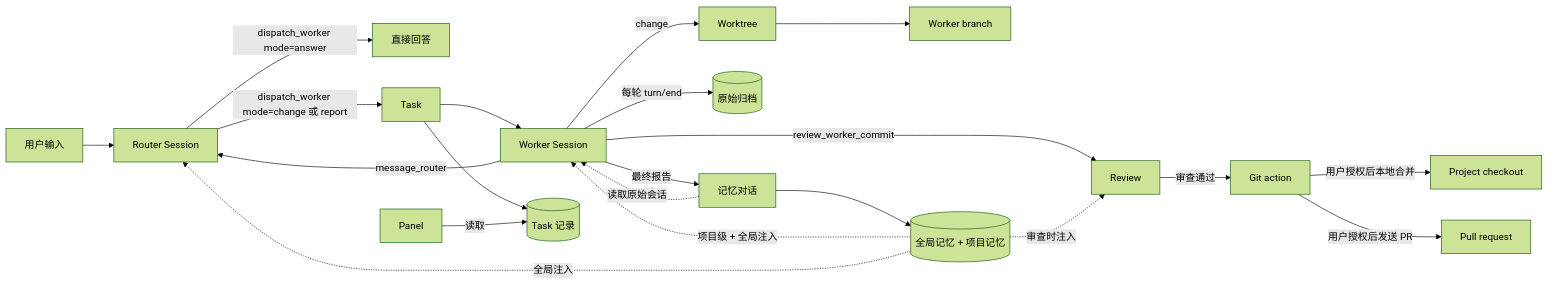
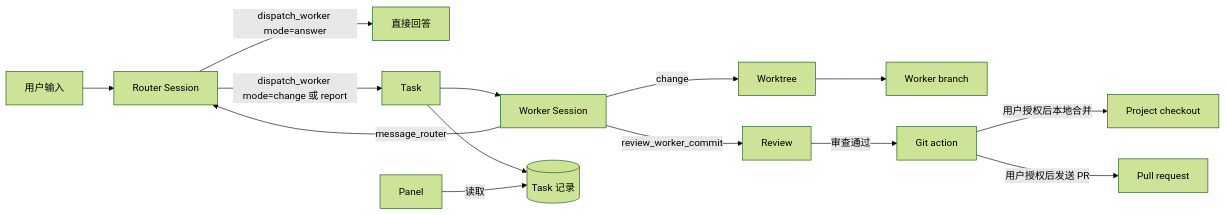
Before and after one commit to LMQ00/superagent-lite: the diagram in docs/001-domain.md, drawn with Mermaid (forest theme). The commit also changed other lines of this file and 34 other files, not shown here.

````diff
--- a/docs/001-domain.md
+++ b/docs/001-domain.md
@@ -9,23 +9,16 @@
 ```mermaid
 flowchart LR
   I[用户输入] --> R[Router Session]
   R -->|dispatch_worker mode=answer| A[直接回答]
   R -->|dispatch_worker mode=change 或 report| T[Task]
   T --> W[Worker Session]
   W -->|change| WT[Worktree]
   WT --> B[Worker branch]
   W -->|review_worker_commit| V[Review]
   W -->|message_router| R
   V -->|审查通过| G[Git action]
   G -->|用户授权后本地合并| P[Project checkout]
   G -->|用户授权后发送 PR| PR[Pull request]
   T --> D[(Task 记录)]
-  W -->|每轮 turn/end| AR[(原始归档)]
-  W -->|最终报告| M[记忆对话]
-  M -.->|读取原始会话| W
-  M --> ME[(全局记忆 + 项目记忆)]
-  ME -.->|项目级 + 全局注入| W
-  ME -.->|审查时注入| V
-  ME -.->|全局注入| R
   PN[Panel] -->|读取| D
 ```
````
